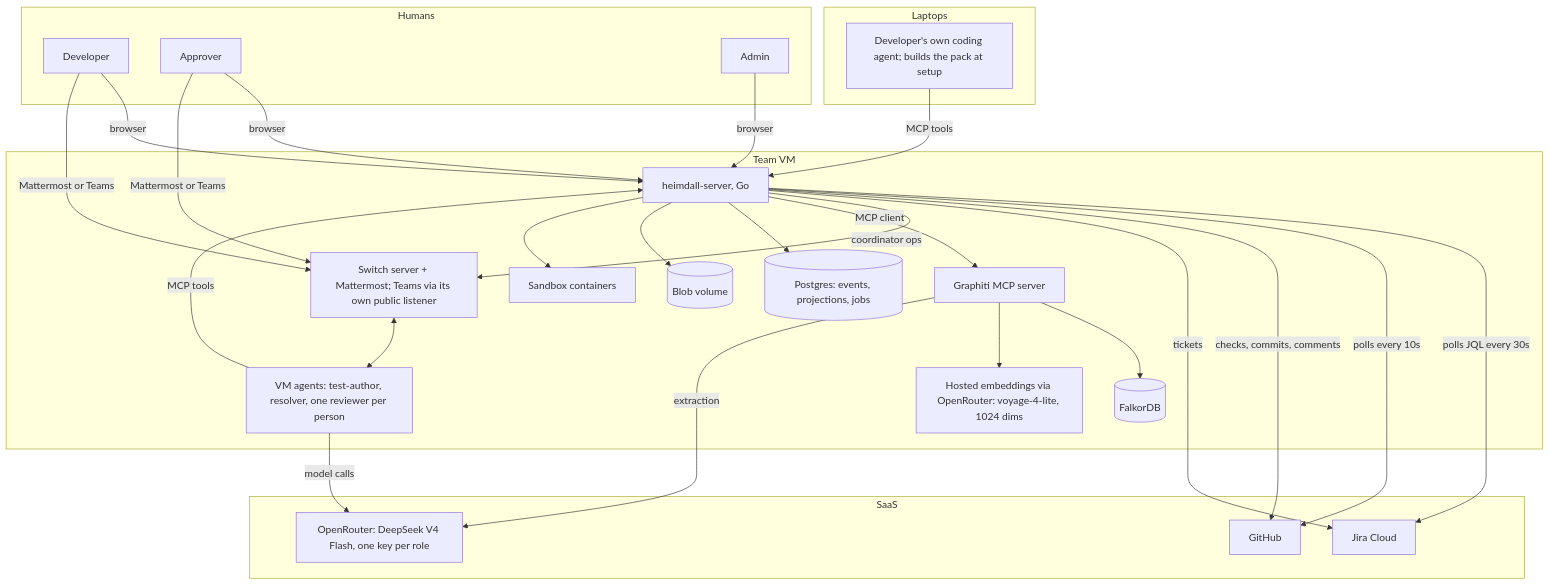
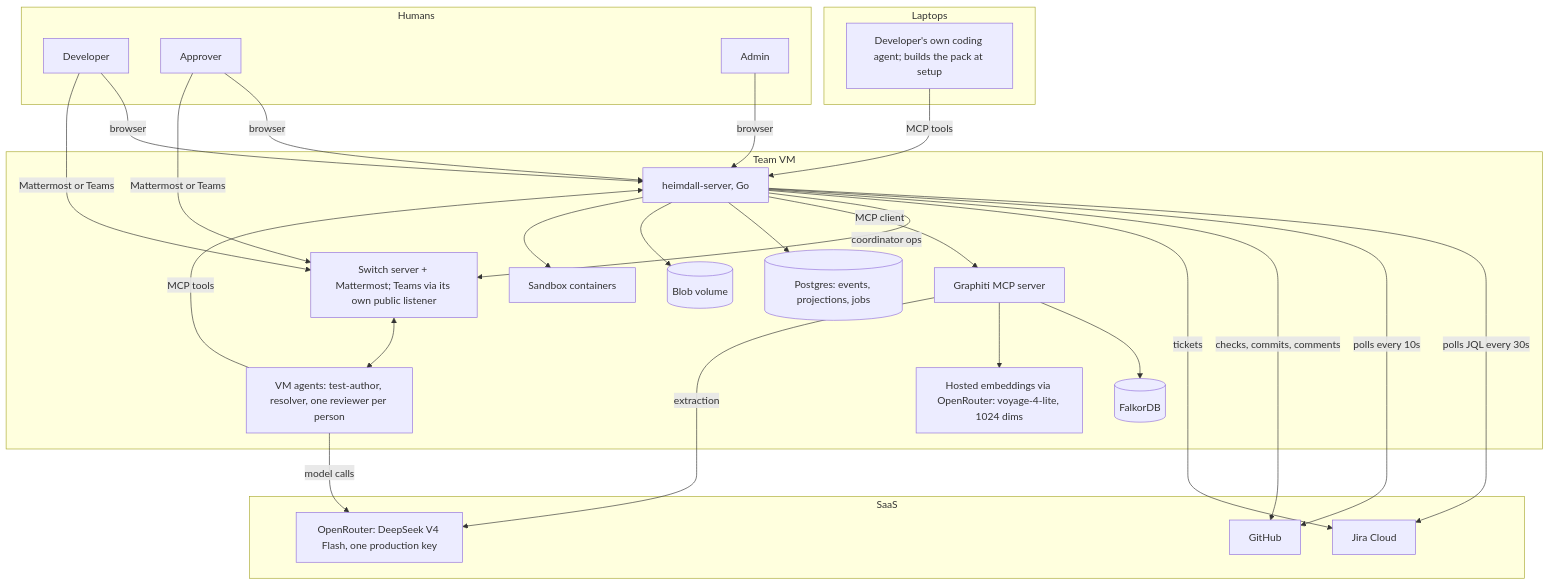
The first of 3 diagrams in docs/TECH_SPEC.md (prathameshk421/Heimdall), drawn with Mermaid before and after one commit. The commit also changed other lines of this file and 23 other files, not shown here.

````diff
--- a/docs/TECH_SPEC.md
+++ b/docs/TECH_SPEC.md
@@ -71,45 +76,45 @@
 ```mermaid
 flowchart TB
   subgraph Humans
     DEV[Developer]
     APR[Approver]
     ADM[Admin]
   end
   subgraph SaaS
     JIRA[Jira Cloud]
     GH[GitHub]
-    LLM[OpenRouter: DeepSeek V4 Flash, one key per role]
+    LLM[OpenRouter: DeepSeek V4 Flash, one production key]
   end
   subgraph VM[Team VM]
     PS[heimdall-server, Go]
     PG[(Postgres: events, projections, jobs)]
     BL[(Blob volume)]
     SB[Sandbox containers]
     GR[Graphiti MCP server]
     FK[(FalkorDB)]
     EM[Hosted embeddings via OpenRouter: voyage-4-lite, 1024 dims]
     SW[Switch server + Mattermost; Teams via its own public listener]
     VA[VM agents: test-author, resolver, one reviewer per person]
   end
   subgraph Laptops
     LA[Developer's own coding agent; builds the pack at setup]
   end
   PS -- polls JQL every 30s --> JIRA
   PS -- polls every 10s --> GH
   PS -- checks, commits, comments --> GH
   PS -- tickets --> JIRA
   PS -- coordinator ops --> SW
   SW <--> VA
   VA -- MCP tools --> PS
   LA -- MCP tools --> PS
   PS -- MCP client --> GR
   GR --> FK
   GR --> EM
   GR -- extraction --> LLM
   VA -- model calls --> LLM
   PS --> PG
   PS --> BL
   PS --> SB
   DEV & APR & ADM -- browser --> PS
   DEV & APR -- Mattermost or Teams --> SW
 ```
````
